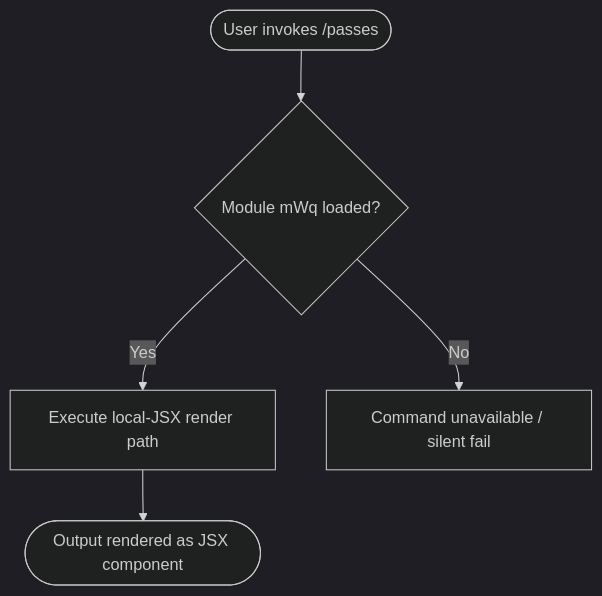
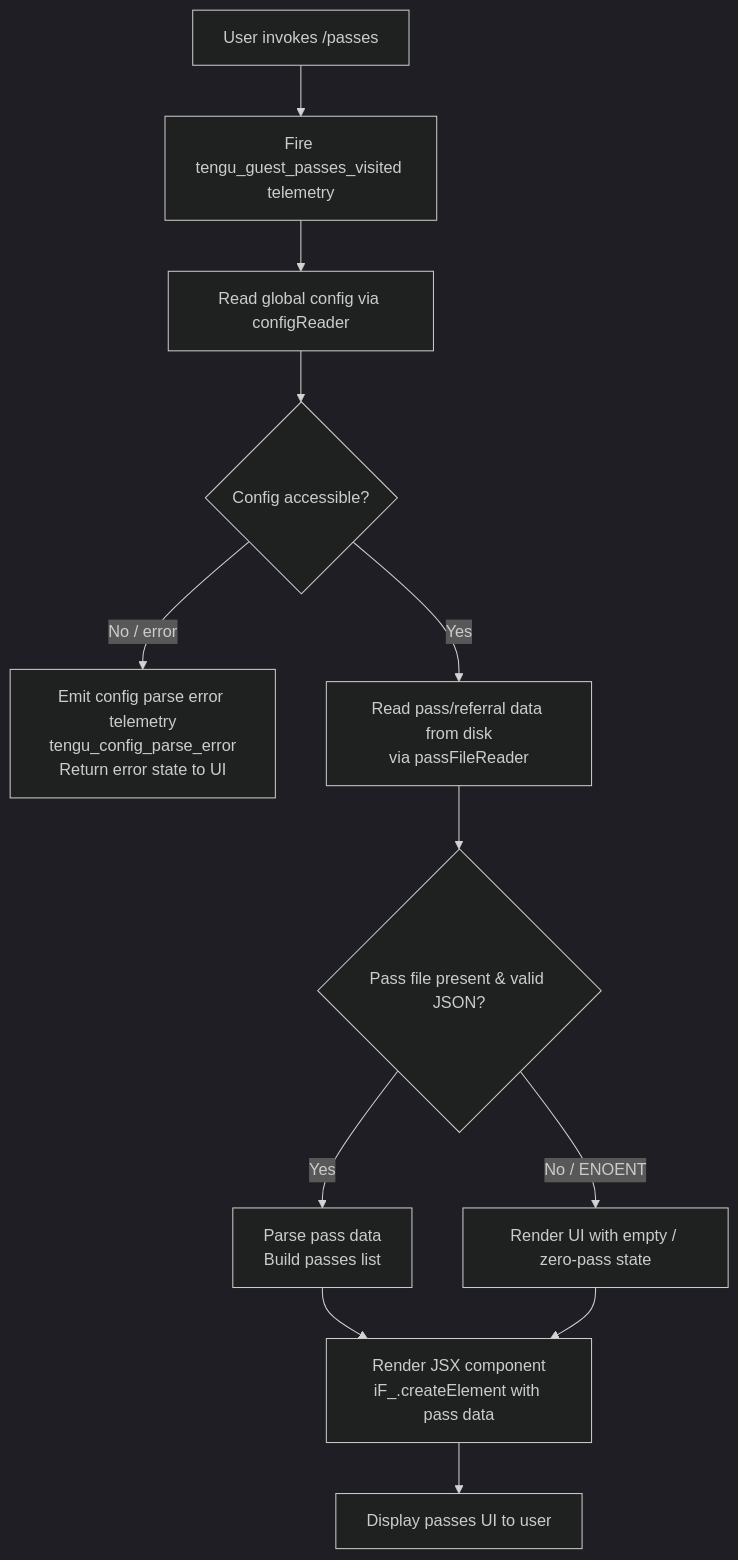
The diagram in versions/v2.1.145/passes.md (MyLittleLuckyDog/cc-gnothi), drawn with Mermaid (dark theme) before and after one commit. The commit also changed other lines of this file and 483 other files, not shown here.

````diff
--- a/versions/v2.1.145/passes.md
+++ b/versions/v2.1.145/passes.md
@@ -58,7 +55,14 @@
 ```mermaid
 flowchart TD
-    A([User invokes /passes]) --> B{Module mWq loaded?}
-    B -- Yes --> C[Execute local-JSX render path]
-    B -- No --> D[Command unavailable / silent fail]
-    C --> E([Output rendered as JSX component])
+    A[User invokes /passes] --> B[Fire tengu_guest_passes_visited telemetry]
+    B --> C[Read global config via configReader]
+    C --> D{Config accessible?}
+    D -- No / error --> E[Emit config parse error telemetry\ntengu_config_parse_error\nReturn error state to UI]
+    D -- Yes --> F[Read pass/referral data from disk\nvia passFileReader]
+    F --> G{Pass file present & valid JSON?}
+    G -- No / ENOENT --> H[Render UI with empty / zero-pass state]
+    G -- Yes --> I[Parse pass data\nBuild passes list]
+    I --> J[Render JSX component\niF_.createElement with pass data]
+    H --> J
+    J --> K[Display passes UI to user]
 ```
````
